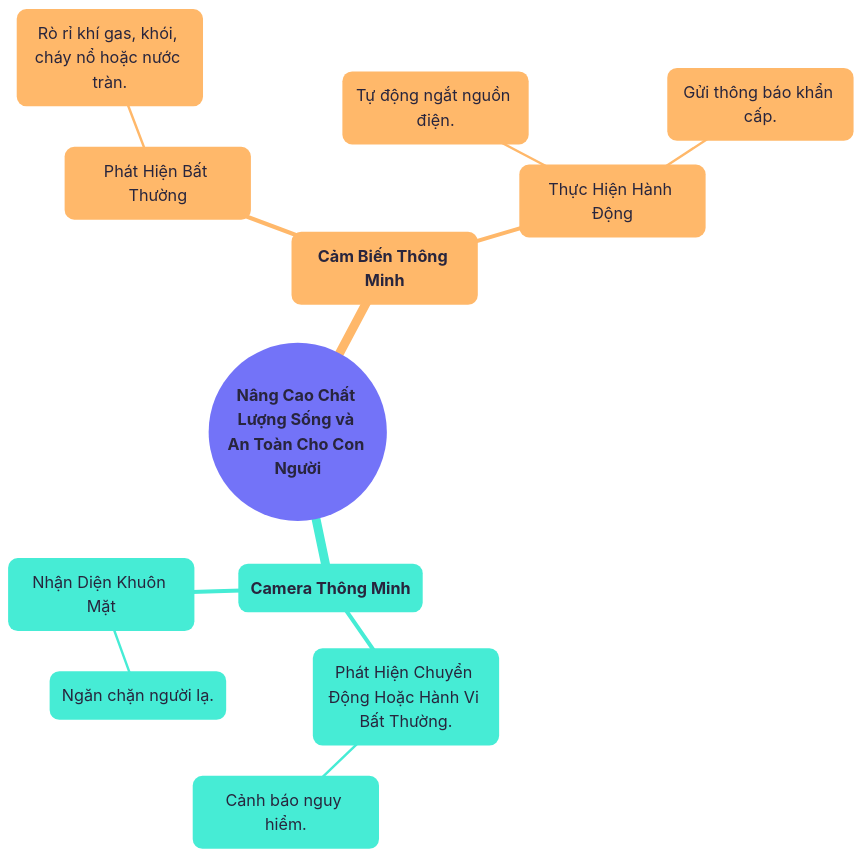
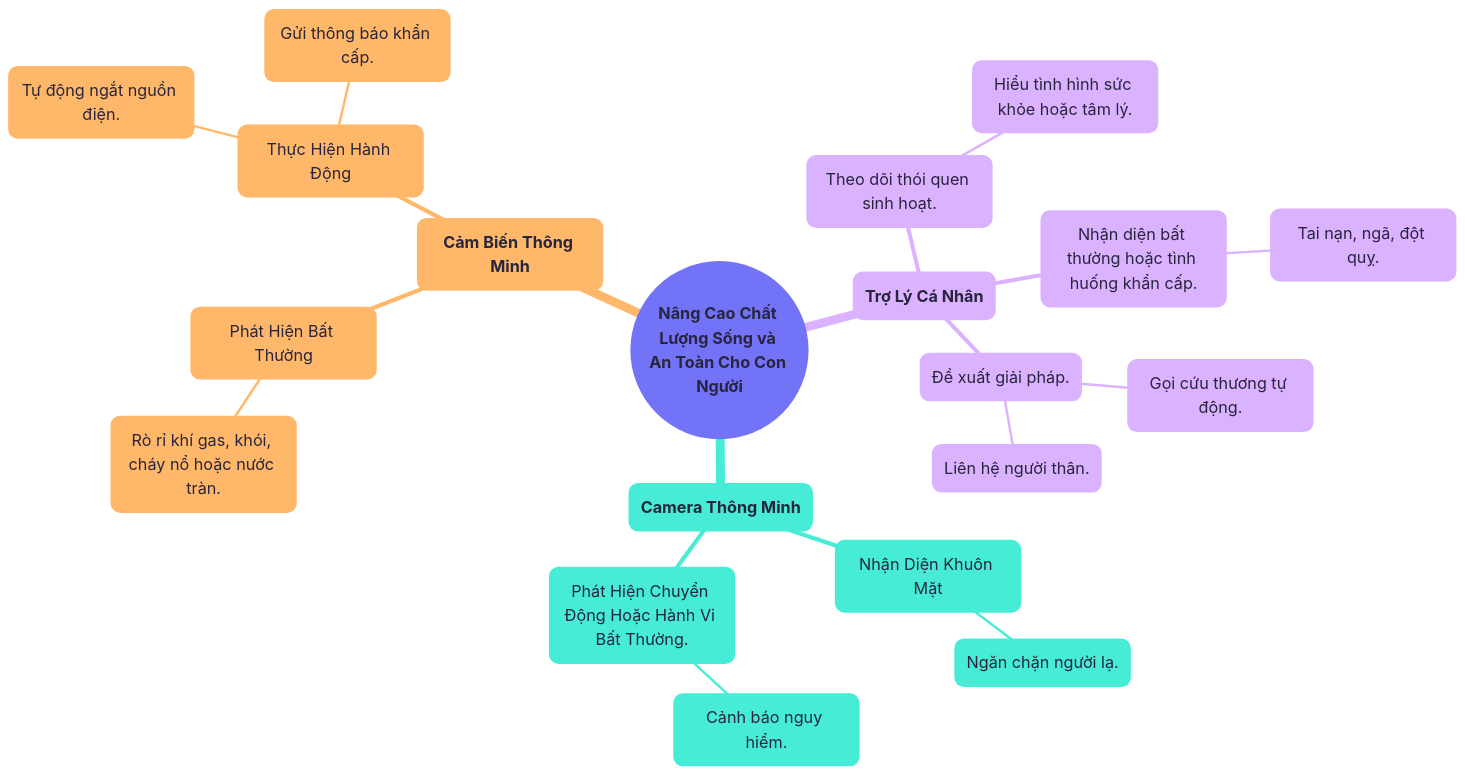
One commit to sam-uit/typst-report-template changed the diagram in content/diagrams/chapter02-nang-cao-chat-luong-song-va-an-toan-cho.mmd. Above: the diagram before and after it, drawn with Mermaid.

```diff
--- a/content/diagrams/chapter02-nang-cao-chat-luong-song-va-an-toan-cho.mmd
+++ b/content/diagrams/chapter02-nang-cao-chat-luong-song-va-an-toan-cho.mmd
@@ -1,20 +1,28 @@
 ---
 config:
   theme: redux-color
   themeVariables:
     fontFamily: Google Sans
     fontSize: 20px
 ---
 mindmap
 ((**Nâng Cao Chất Lượng Sống và <br>An Toàn Cho Con Người**))
   (**Camera Thông Minh**)
     (Nhận Diện Khuôn Mặt)
       Ngăn chặn người lạ.
     (Phát Hiện Chuyển Động Hoặc Hành Vi Bất Thường.)
       Cảnh báo nguy hiểm.
   (**Cảm Biến Thông Minh**)
     (Phát Hiện Bất Thường)
       Rò rỉ khí gas, khói, cháy nổ hoặc nước tràn.
     (Thực Hiện Hành Động)
       Tự động ngắt nguồn điện.
       Gửi thông báo khẩn cấp.
+  (**Trợ Lý Cá Nhân**)
+    (Theo dõi thói quen sinh hoạt.)
+      Hiểu tình hình sức khỏe hoặc tâm lý.
+    (Nhận diện bất thường hoặc tình huống khẩn cấp.)
+      Tai nạn, ngã, đột quỵ.
+    (Đề xuất giải pháp.)
+      Gọi cứu thương tự động.
+      Liên hệ người thân.
```
